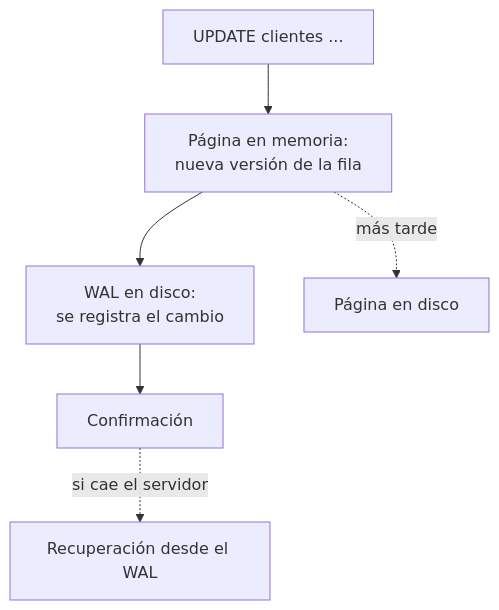
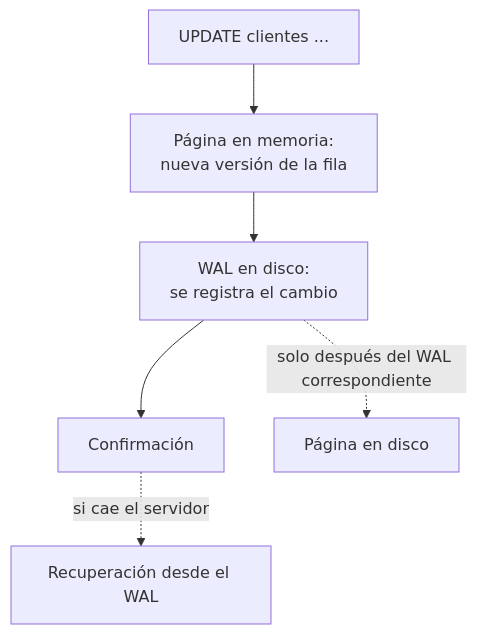
The second of 2 diagrams in src/content/es/articles/una-base-de-datos-por-dentro.mdx (nbfrodri/devly), drawn with Mermaid before and after one commit. The commit also changed other lines of this file and 17 other files, not shown here.

````diff
--- a/src/content/es/articles/una-base-de-datos-por-dentro.mdx
+++ b/src/content/es/articles/una-base-de-datos-por-dentro.mdx
@@ -72,8 +76,8 @@
 ```mermaid
 flowchart TD
 	Q["UPDATE clientes ..."] --> M["Página en memoria:<br>nueva versión de la fila"]
 	M --> W["WAL en disco:<br>se registra el cambio"]
 	W --> C["Confirmación"]
-	M -. "más tarde" .-> D["Página en disco"]
+	W -. "solo después del WAL correspondiente" .-> D["Página en disco"]
 	C -. "si cae el servidor" .-> R["Recuperación desde el WAL"]
 ```
````
